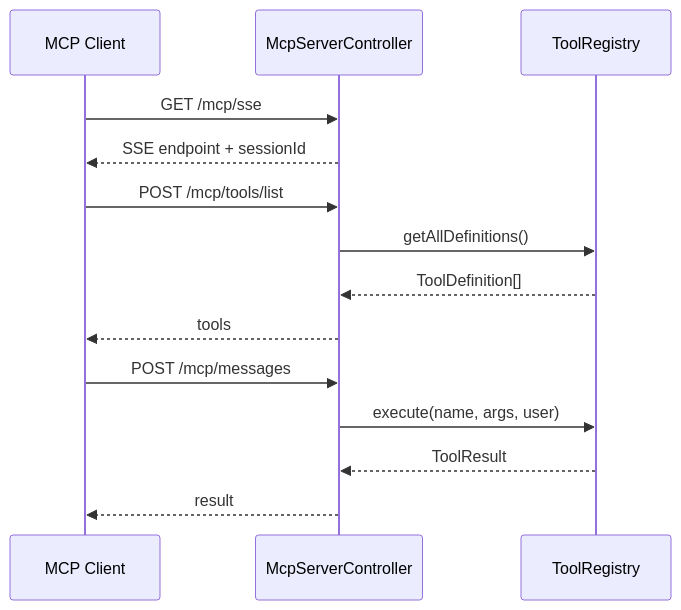
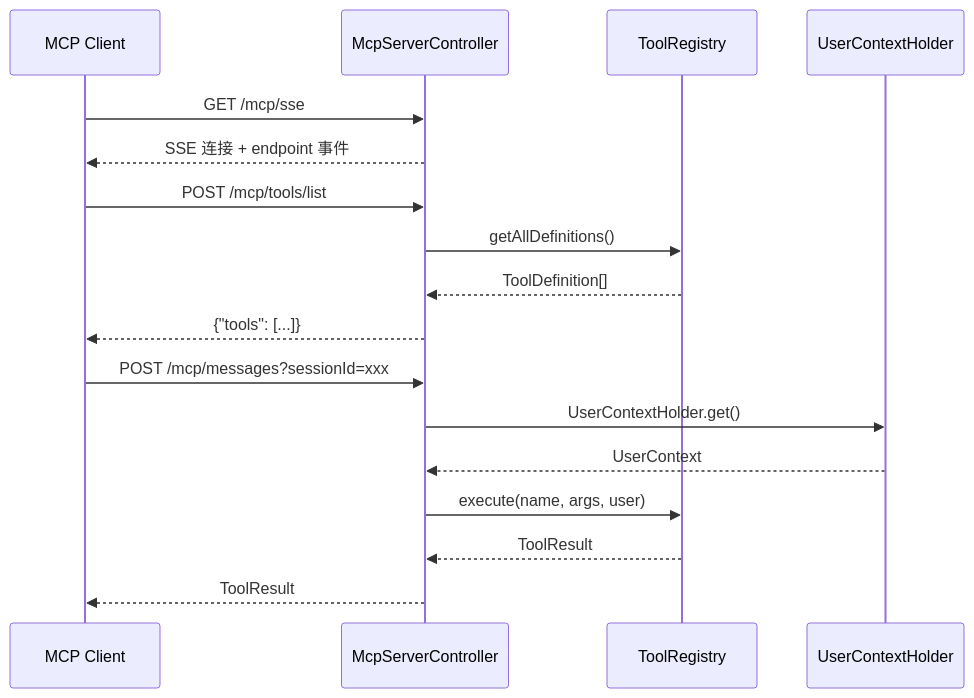
One commit to ZjlShenshiqing/EnterpriseKnowledgeWorkspace changed diagram 14 of 18 in docs/knowledge-service-code-analysis.md. Above: the diagram before and after it, drawn with Mermaid. The commit also changed other lines of this file, not shown here.

````diff
--- a/docs/knowledge-service-code-analysis.md
+++ b/docs/knowledge-service-code-analysis.md
@@ -965,17 +1329,21 @@
 ```mermaid
 sequenceDiagram
     participant Client as MCP Client
     participant MCP as McpServerController
     participant REG as ToolRegistry
+    participant USER as UserContextHolder
 
     Client->>MCP: GET /mcp/sse
-    MCP-->>Client: SSE endpoint + sessionId
+    MCP-->>Client: SSE 连接 + endpoint 事件
     Client->>MCP: POST /mcp/tools/list
     MCP->>REG: getAllDefinitions()
     REG-->>MCP: ToolDefinition[]
-    MCP-->>Client: tools
-    Client->>MCP: POST /mcp/messages
+    MCP-->>Client: {"tools": [...]}
+    
+    Client->>MCP: POST /mcp/messages?sessionId=xxx
+    MCP->>USER: UserContextHolder.get()
+    USER-->>MCP: UserContext
     MCP->>REG: execute(name, args, user)
     REG-->>MCP: ToolResult
-    MCP-->>Client: result
+    MCP-->>Client: ToolResult
 ```
````
